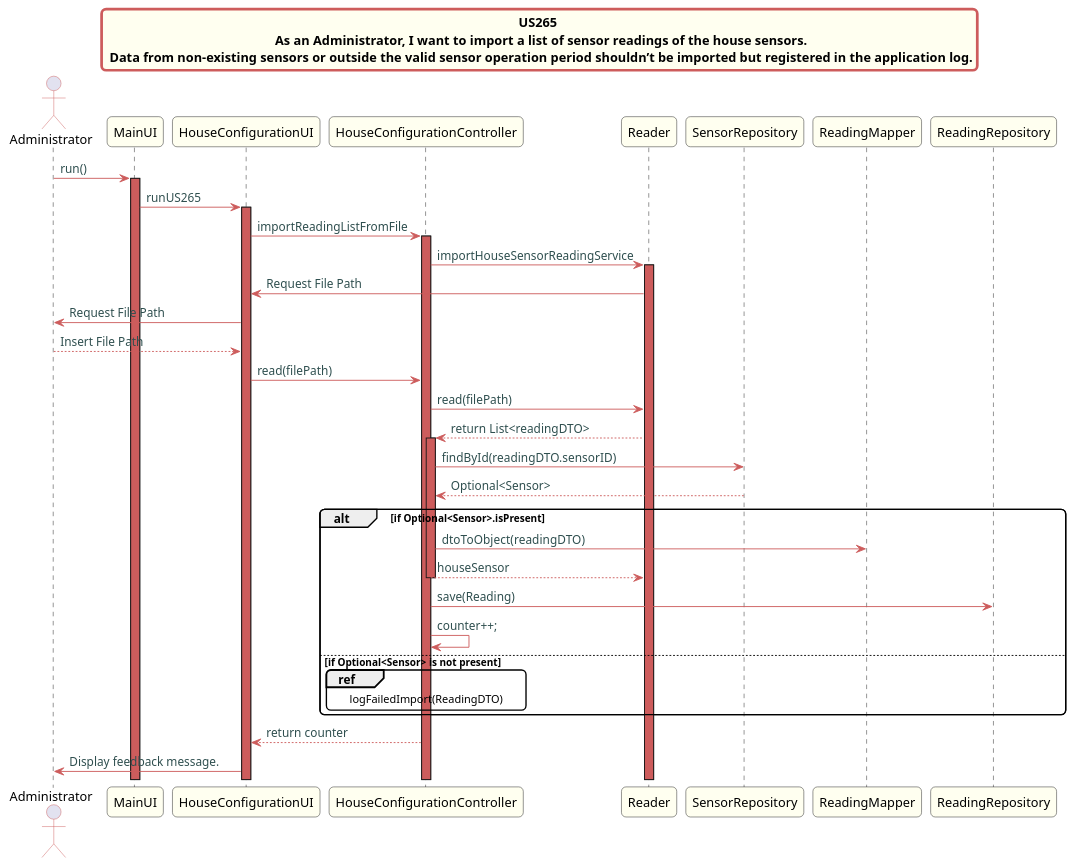
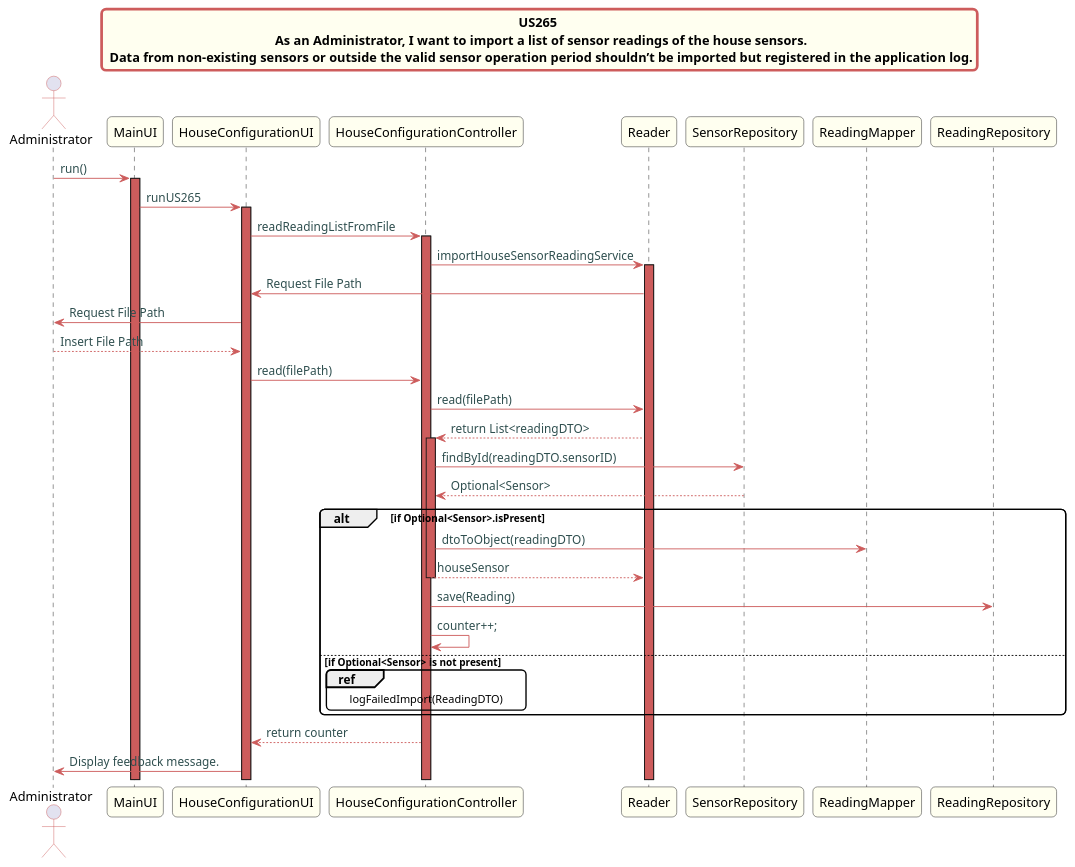
The diagram in src/doc/Controllers/HouseConfiguration/US265/US265_sd_HouseConfiguration.puml (Almadanmp/project), drawn with PlantUML before and after one commit.

Commit message:
REF #234

```diff
--- a/src/doc/Controllers/HouseConfiguration/US265/US265_sd_HouseConfiguration.puml
+++ b/src/doc/Controllers/HouseConfiguration/US265/US265_sd_HouseConfiguration.puml
@@ -1,61 +1,61 @@
 @startuml
 
 skinparam titleBorderRoundCorner 10
 skinparam titleBorderThickness 3
 skinparam titleBorderColor indianred
 skinparam titleBackgroundColor ivory
 skinparam FontName quicksand
 
 skinparam actor {
   BorderColor indianred
   }
 
 skinparam sequence {
   LifeLineBackgroundColor indianred
   ParticipantBackgroundColor ivory
 }
 
 skinparam roundcorner 10
 
 skinparam component {
   arrowThickness 1
   ArrowFontName Verdana
   ArrowColor indianred
   ArrowFontColor darkslategrey
 }
 
 title US265 \n  As an Administrator, I want to import a list of sensor readings of the house sensors. \n Data from non-existing sensors or outside the valid sensor operation period shouldn’t be imported but registered in the application log.
 
 
 actor Administrator
 Administrator -> MainUI:run()
 activate MainUI
 MainUI -> HouseConfigurationUI: runUS265
 activate HouseConfigurationUI
-HouseConfigurationUI -> "HouseConfigurationController": importReadingListFromFile
+HouseConfigurationUI -> "HouseConfigurationController": readReadingListFromFile
 activate HouseConfigurationController
 HouseConfigurationController -> "Reader": importHouseSensorReadingService
 activate Reader
 Reader -> HouseConfigurationUI: Request File Path
 HouseConfigurationUI -> Administrator: Request File Path
 Administrator --> HouseConfigurationUI: Insert File Path
 HouseConfigurationUI -> HouseConfigurationController: read(filePath)
 HouseConfigurationController -> "Reader": read(filePath)
 "Reader" --> HouseConfigurationController: return List<readingDTO>
 activate HouseConfigurationController
 HouseConfigurationController -> SensorRepository: findById(readingDTO.sensorID)
 SensorRepository --> HouseConfigurationController: Optional<Sensor>
 alt if Optional<Sensor>.isPresent
 HouseConfigurationController -> ReadingMapper: dtoToObject(readingDTO)
 return houseSensor
 HouseConfigurationController -> ReadingRepository: save(Reading)
 HouseConfigurationController -> HouseConfigurationController: counter++;
 else if Optional<Sensor> is not present
 ref over HouseConfigurationController
 logFailedImport(ReadingDTO)
 end
 end
 HouseConfigurationController --> HouseConfigurationUI: return counter
 
 HouseConfigurationUI -> Administrator: Display feedback message.
 @enduml
```
